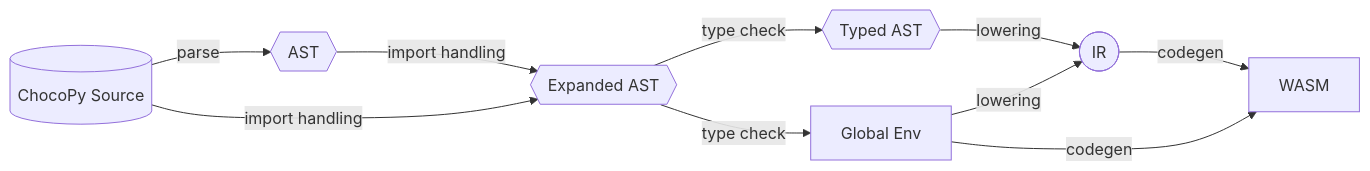
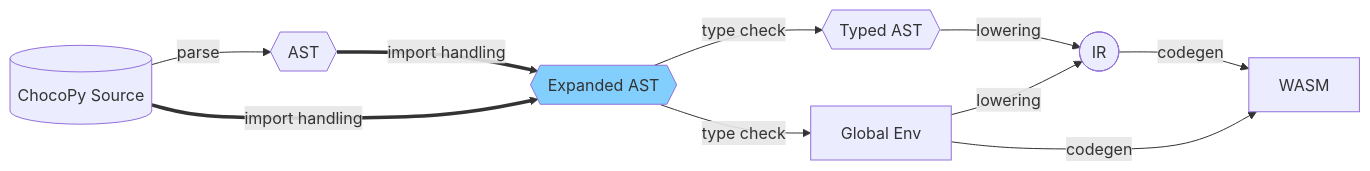
Before and after one commit to ucsd-cse231-s22/chocopy-wasm-compiler-A: the second of 2 diagrams in designs/builtins-design.md, drawn with Mermaid. The commit also changed other lines of this file, not shown here.

Commit message:
[proposal] add design overview and import handling

````diff
--- a/designs/builtins-design.md
+++ b/designs/builtins-design.md
@@ -25,8 +24,9 @@
 ```mermaid
 flowchart LR
     src[(ChocoPy Source)] --parse--> ast{{AST}}
-    ast & src --import handling--> xast{{Expanded AST}}
+    ast & src ==import handling==> xast{{Expanded AST}}
     xast --type check--> tast{{Typed AST}} & tenv[Global Env]
     tast & tenv --lowering--> ir([IR])
     ir & tenv --codegen--> WASM
+    style xast fill:#82CFFD
 ```
````
